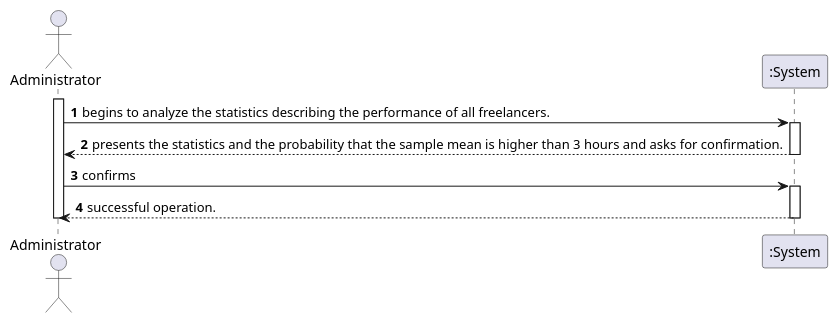
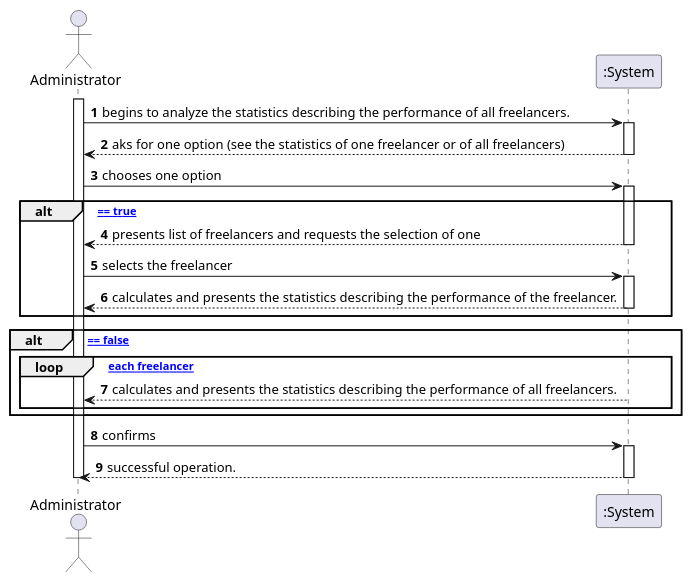
The diagram in docs/UC6 - Check performance indicators/UC6_SSD.puml (pedrolemos4/LAPR2), drawn with PlantUML before and after one commit. The commit also changed 2 other files, not shown here.

```diff
--- a/docs/UC6 - Check performance indicators/UC6_SSD.puml
+++ b/docs/UC6 - Check performance indicators/UC6_SSD.puml
@@ -1,18 +1,37 @@
 @startuml
 autonumber
 actor "Administrator" as ADM
 
 activate ADM
 ADM -> ":System" : begins to analyze the statistics describing the performance of all freelancers.
 activate ":System"
-":System" --> ADM : presents the statistics and the probability that the sample mean is higher than 3 hours and asks for confirmation.
+":System" --> ADM : aks for one option (see the statistics of one freelancer or of all freelancers) 
 deactivate ":System"
+
+ADM -> ":System" : chooses one option
+activate ":System"
+
+alt [ flag == true ]
+":System" --> ADM : presents list of freelancers and requests the selection of one
+deactivate ":System"
+ADM -> ":System" : selects the freelancer
+activate ":System"
+":System" --> ADM : calculates and presents the statistics describing the performance of the freelancer.
+deactivate ":System"
+end alt
+
+alt [ flag == false ]
+loop [ for each freelancer ]
+":System" --> ADM : calculates and presents the statistics describing the performance of all freelancers.
+deactivate ":System"
+end loop
+end alt
 
 ADM -> ":System" : confirms
 activate ":System"
 ":System" --> ADM : successful operation.
 deactivate ":System"
 
 deactivate ADM
 
 @enduml
```
